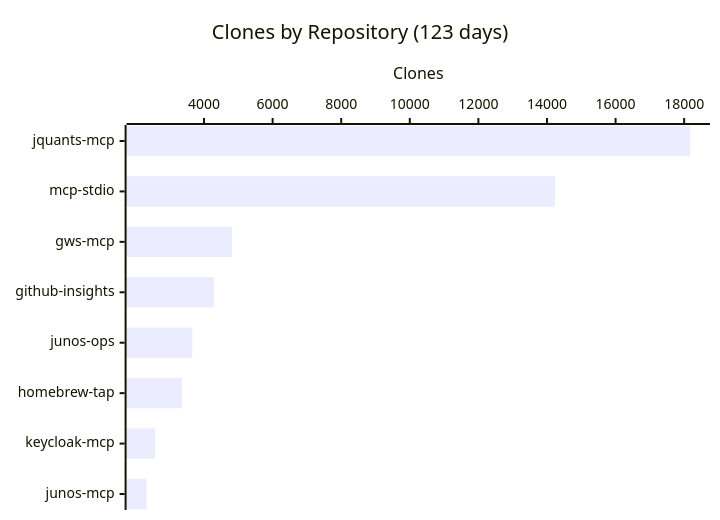
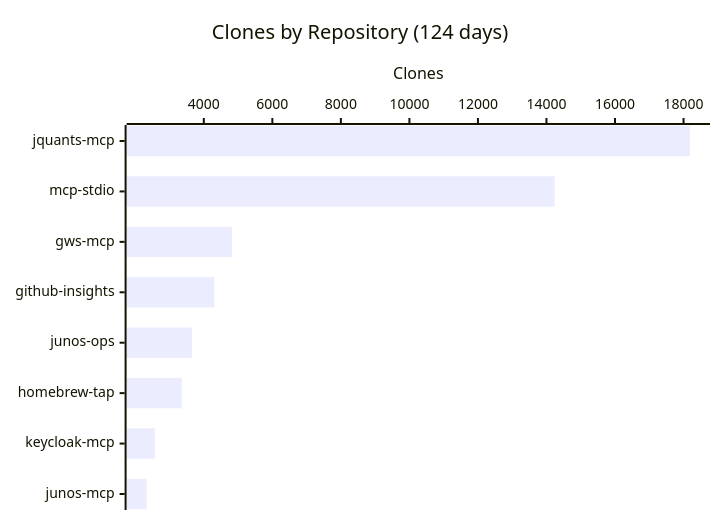
Before and after one commit to shigechika/github-insights: the fourth of 4 diagrams in README.md, drawn with Mermaid. The commit also changed other lines of this file and 2 other files, not shown here.

````diff
--- a/README.md
+++ b/README.md
@@ -58,7 +58,7 @@
 ```mermaid
 xychart-beta horizontal
-    title "Clones by Repository (123 days)"
+    title "Clones by Repository (124 days)"
     x-axis ["jquants-mcp", "mcp-stdio", "gws-mcp", "github-insights", "junos-ops", "homebrew-tap", "keycloak-mcp", "junos-mcp"]
     y-axis "Clones"
-    bar [18170, 14233, 4816, 4296, 3657, 3352, 2569, 2326]
+    bar [18188, 14236, 4821, 4304, 3658, 3352, 2572, 2331]
 ```
````
